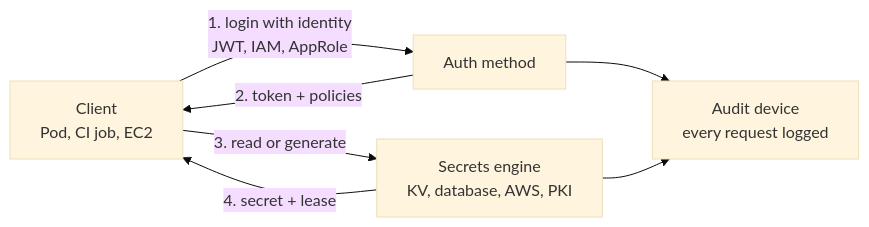
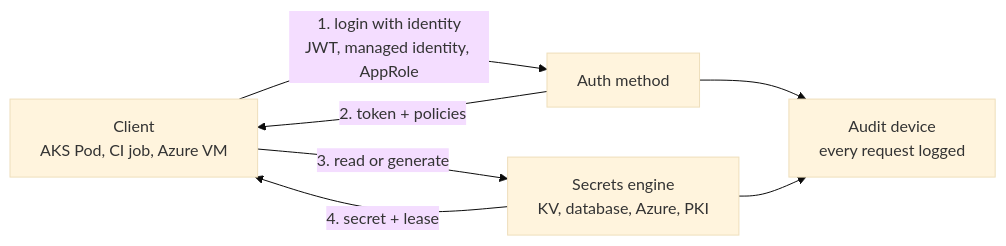
Before and after one commit to SivaKumarMahan/interview-questions: the diagram in ops/06-hashicorp-vault.md, drawn with Mermaid (base theme). The commit also changed other lines of this file and 12 other files, not shown here.

````diff
--- a/ops/06-hashicorp-vault.md
+++ b/ops/06-hashicorp-vault.md
@@ -15,8 +15,8 @@
 ```mermaid
 flowchart LR
-    C["Client<br/>Pod, CI job, EC2"] -->|"1. login with identity<br/>JWT, IAM, AppRole"| A["Auth method"]
+    C["Client<br/>AKS Pod, CI job, Azure VM"] -->|"1. login with identity<br/>JWT, managed identity, AppRole"| A["Auth method"]
     A -->|"2. token + policies"| C
-    C -->|"3. read or generate"| S["Secrets engine<br/>KV, database, AWS, PKI"]
+    C -->|"3. read or generate"| S["Secrets engine<br/>KV, database, Azure, PKI"]
     S -->|"4. secret + lease"| C
     A & S --> AU["Audit device<br/>every request logged"]
 ```
````
